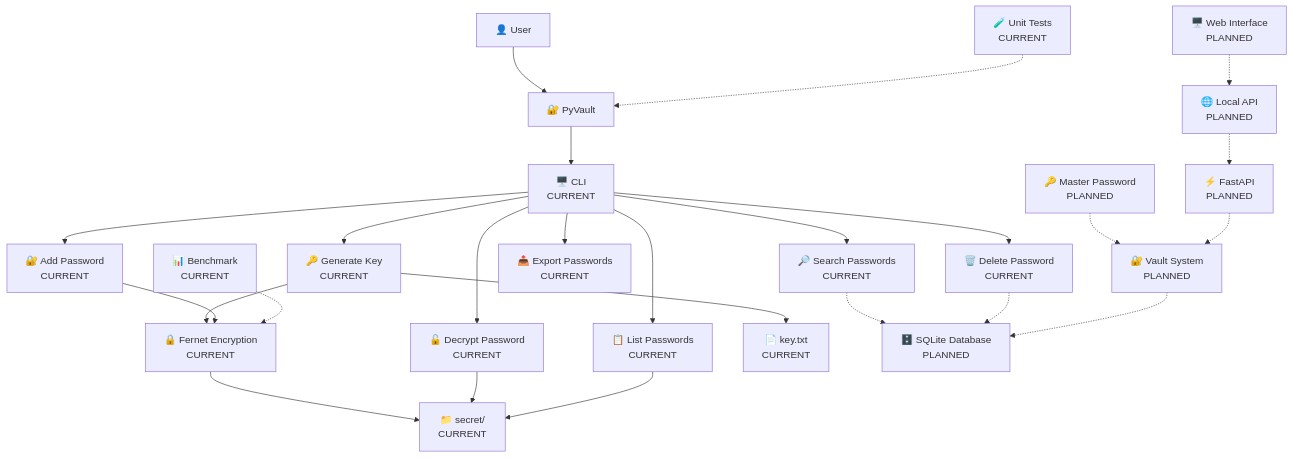
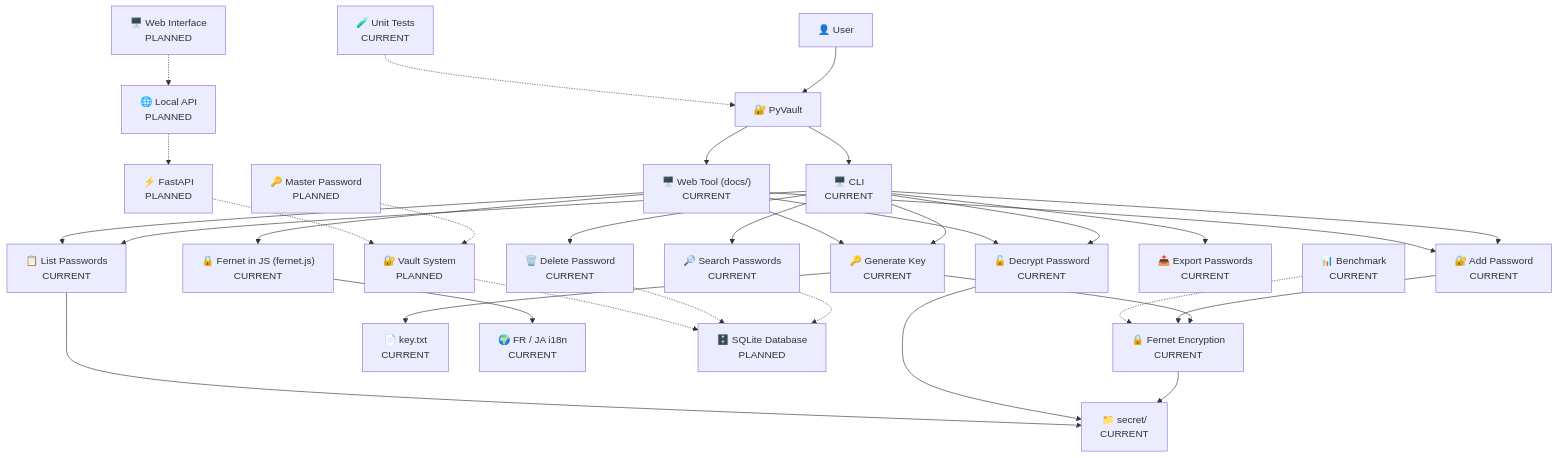
One commit to KirobotDev/PyVault changed the diagram in README.md. Above: the diagram before and after it, drawn with Mermaid. The commit also changed other lines of this file and 2 other files, not shown here.

```diff
--- a/README.md
+++ b/README.md
@@ -71,6 +74,8 @@
     PyVault["🔐 PyVault"]
 
     CLI["🖥️ CLI<br/>CURRENT"]
+
+    WebTool["🖥️ Web Tool (docs/)<br/>CURRENT"]
 
     GenerateKey["🔑 Generate Key<br/>CURRENT"]
 
@@ -81,6 +86,8 @@
     DecryptPassword["🔓 Decrypt Password<br/>CURRENT"]
 
     Fernet["🔒 Fernet Encryption<br/>CURRENT"]
+
+    JsFernet["🔒 Fernet in JS (fernet.js)<br/>CURRENT"]
 
     KeyFile["📄 key.txt<br/>CURRENT"]
 
@@ -95,6 +102,8 @@
     Tests["🧪 Unit Tests<br/>CURRENT"]
 
     Benchmark["📊 Benchmark<br/>CURRENT"]
+
+    I18n["🌍 FR / JA i18n<br/>CURRENT"]
 
     MasterPassword["🔑 Master Password<br/>PLANNED"]
 
@@ -111,6 +120,7 @@
     User --> PyVault
 
     PyVault --> CLI
+    PyVault --> WebTool
 
     CLI --> GenerateKey
     CLI --> AddPassword
@@ -130,6 +140,14 @@
     CLI --> Delete
     CLI --> Export
 
+    WebTool --> GenerateKey
+    WebTool --> AddPassword
+    WebTool --> ListPasswords
+    WebTool --> DecryptPassword
+
+    WebTool --> JsFernet
+    JsFernet --> I18n
+
     Search -.-> SQLite
     Delete -.-> SQLite
 
```
